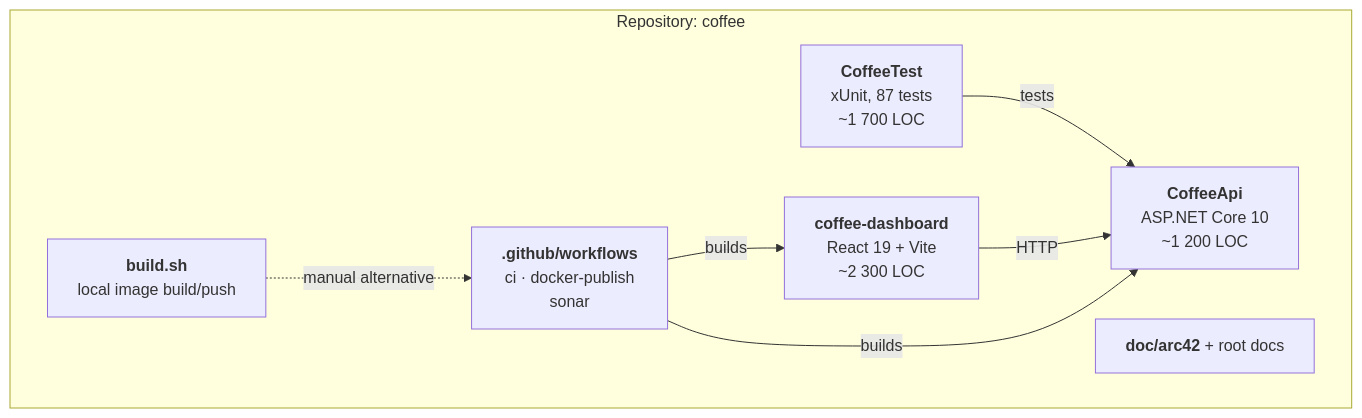
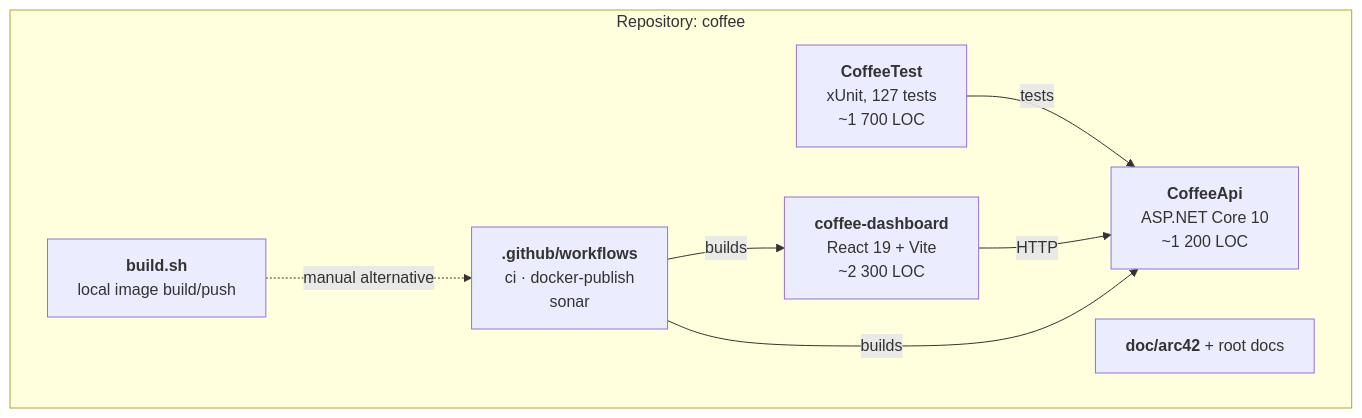
One commit to Gereon93/coffee changed the first of 4 diagrams in doc/arc42/05-building-blocks.md. Above: the diagram before and after it, drawn with Mermaid. The commit also changed other lines of this file and 13 other files, not shown here.

````diff
--- a/doc/arc42/05-building-blocks.md
+++ b/doc/arc42/05-building-blocks.md
@@ -5,17 +5,17 @@
 ```mermaid
 graph TB
     subgraph repo["Repository: coffee"]
         API["<b>CoffeeApi</b><br/>ASP.NET Core 10<br/>~1 200 LOC"]
-        TEST["<b>CoffeeTest</b><br/>xUnit, 87 tests<br/>~1 700 LOC"]
+        TEST["<b>CoffeeTest</b><br/>xUnit, 127 tests<br/>~1 700 LOC"]
         DASH["<b>coffee-dashboard</b><br/>React 19 + Vite<br/>~2 300 LOC"]
         CI["<b>.github/workflows</b><br/>ci · docker-publish<br/>sonar"]
         BUILD["<b>build.sh</b><br/>local image build/push"]
         DOC["<b>doc/arc42</b> + root docs"]
     end
 
     TEST -->|tests| API
     DASH -->|HTTP| API
     CI -->|builds| API
     CI -->|builds| DASH
     BUILD -.->|manual alternative| CI
 ```
````
